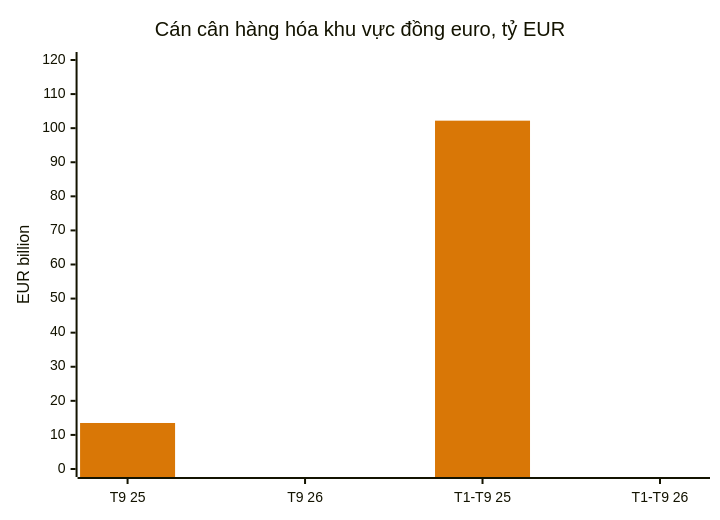
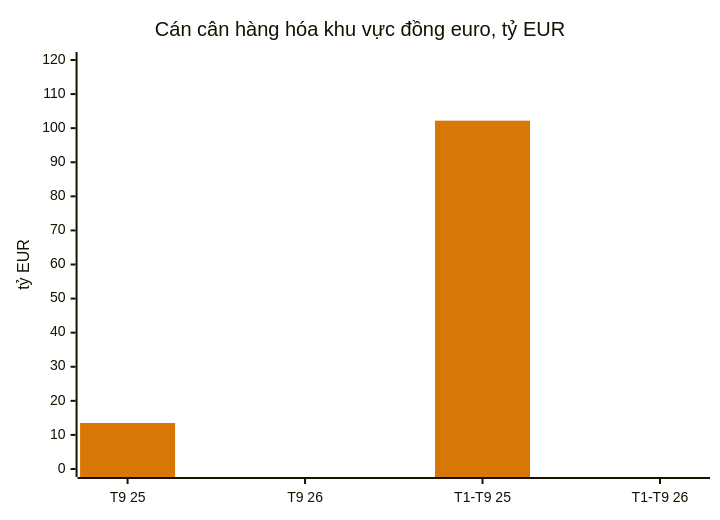
Before and after one commit to dureach/research: the sixth of 13 diagrams in Global-Trade-Intelligence-weekly-2026-11-16/index.vi.md, drawn with Mermaid. The commit also changed other lines of this file and 5 other files, not shown here.

````diff
--- a/Global-Trade-Intelligence-weekly-2026-11-16/index.vi.md
+++ b/Global-Trade-Intelligence-weekly-2026-11-16/index.vi.md
@@ -437,8 +437,8 @@
 ```mermaid
 %%{init: {'theme': 'base', 'themeVariables': {'xyChart': {'plotColorPalette': '#d97706'}}}}%%
 xychart-beta
     title "Cán cân hàng hóa khu vực đồng euro, tỷ EUR"
     x-axis ["T9 25", "T9 26", "T1-T9 25", "T1-T9 26"]
-    y-axis "EUR billion" 0 --> 120
+    y-axis "tỷ EUR" 0 --> 120
     bar [13.5, -10.3, 102.2, -36.5]
 ```
````
